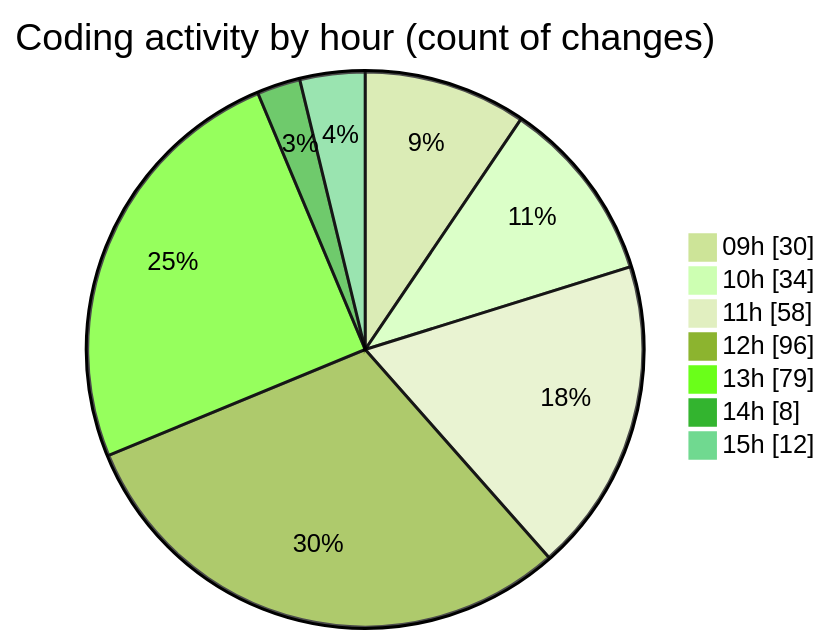
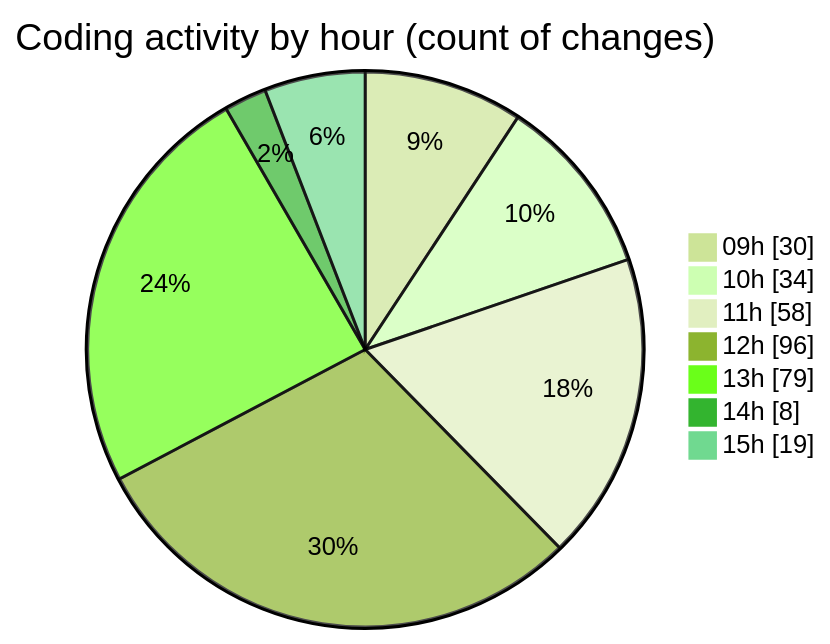
One commit to momahboobian/code-tracking changed the second of 2 diagrams in 2025-04-02/cda/README.md. Above: the diagram before and after it, drawn with Mermaid (forest theme). The commit also changed other lines of this file and 1 other file, not shown here.

````diff
--- a/2025-04-02/cda/README.md
+++ b/2025-04-02/cda/README.md
@@ -37,11 +37,11 @@
 ```mermaid
 pie showData
 title Coding activity by hour (count of changes)
 "09h" : 30
 "10h" : 34
 "11h" : 58
 "12h" : 96
 "13h" : 79
 "14h" : 8
-"15h" : 12
+"15h" : 19
 ```
````
